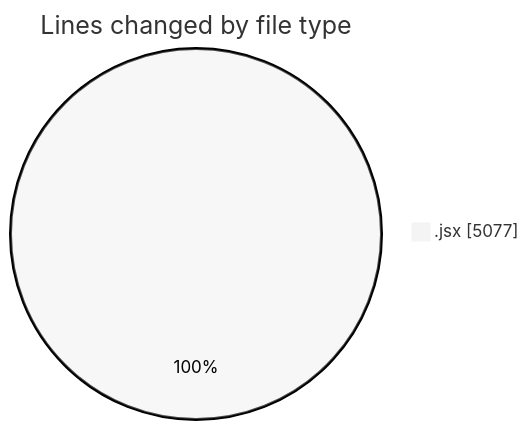
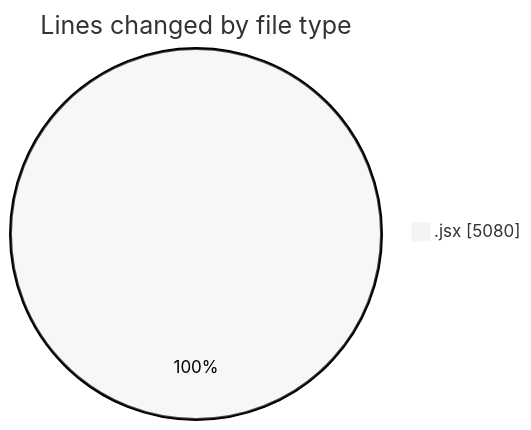
The first of 2 diagrams in 2025-10-07/nxtqube_webapp/README.md (nxtqubesakshisongat/code-tracking), drawn with Mermaid (neutral theme) before and after one commit. The commit also changed other lines of this file and 1 other file, not shown here.

````diff
--- a/2025-10-07/nxtqube_webapp/README.md
+++ b/2025-10-07/nxtqube_webapp/README.md
@@ -23,5 +23,5 @@
 ```mermaid
 pie showData
 title Lines changed by file type
-".jsx" : 5077
+".jsx" : 5080
 ```
````
